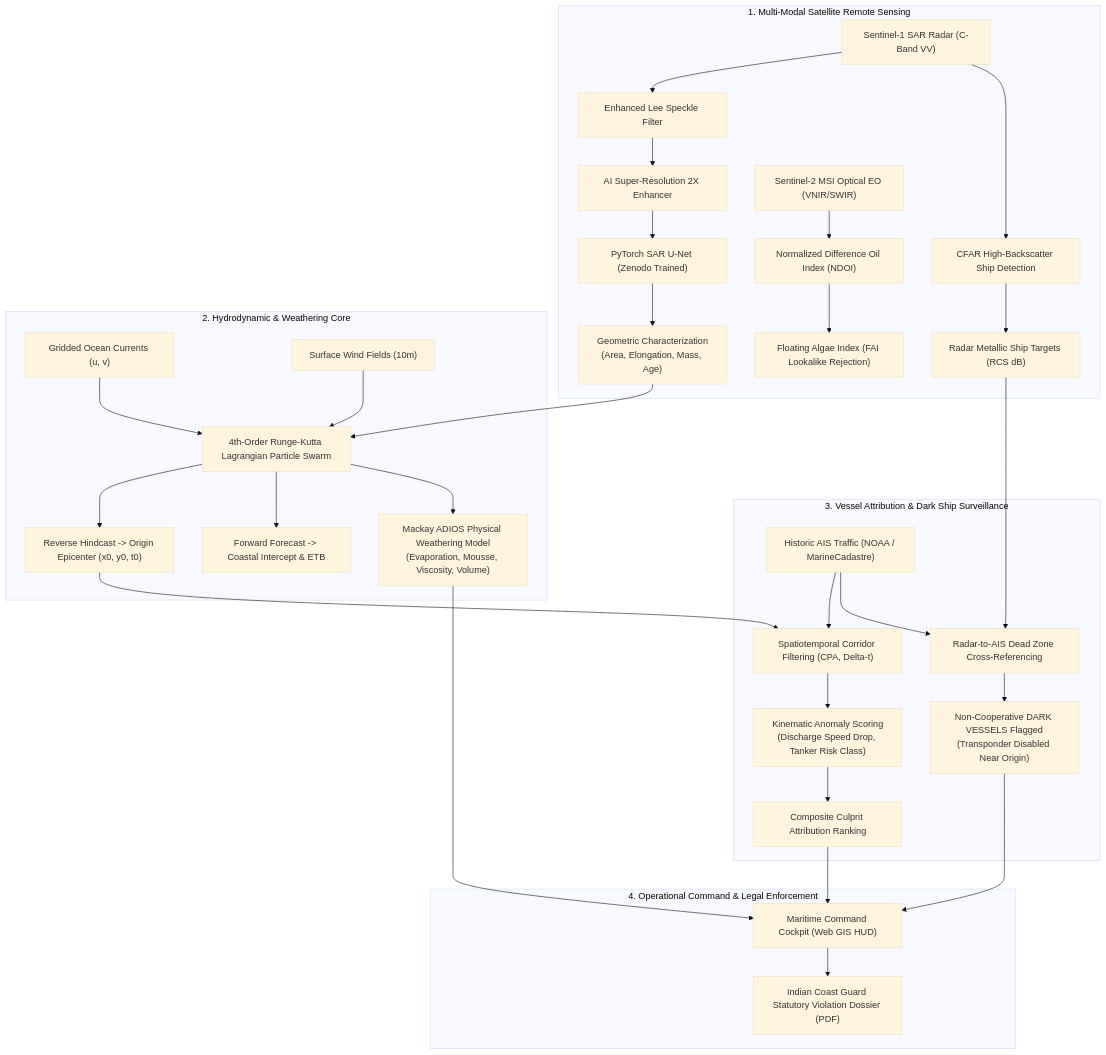
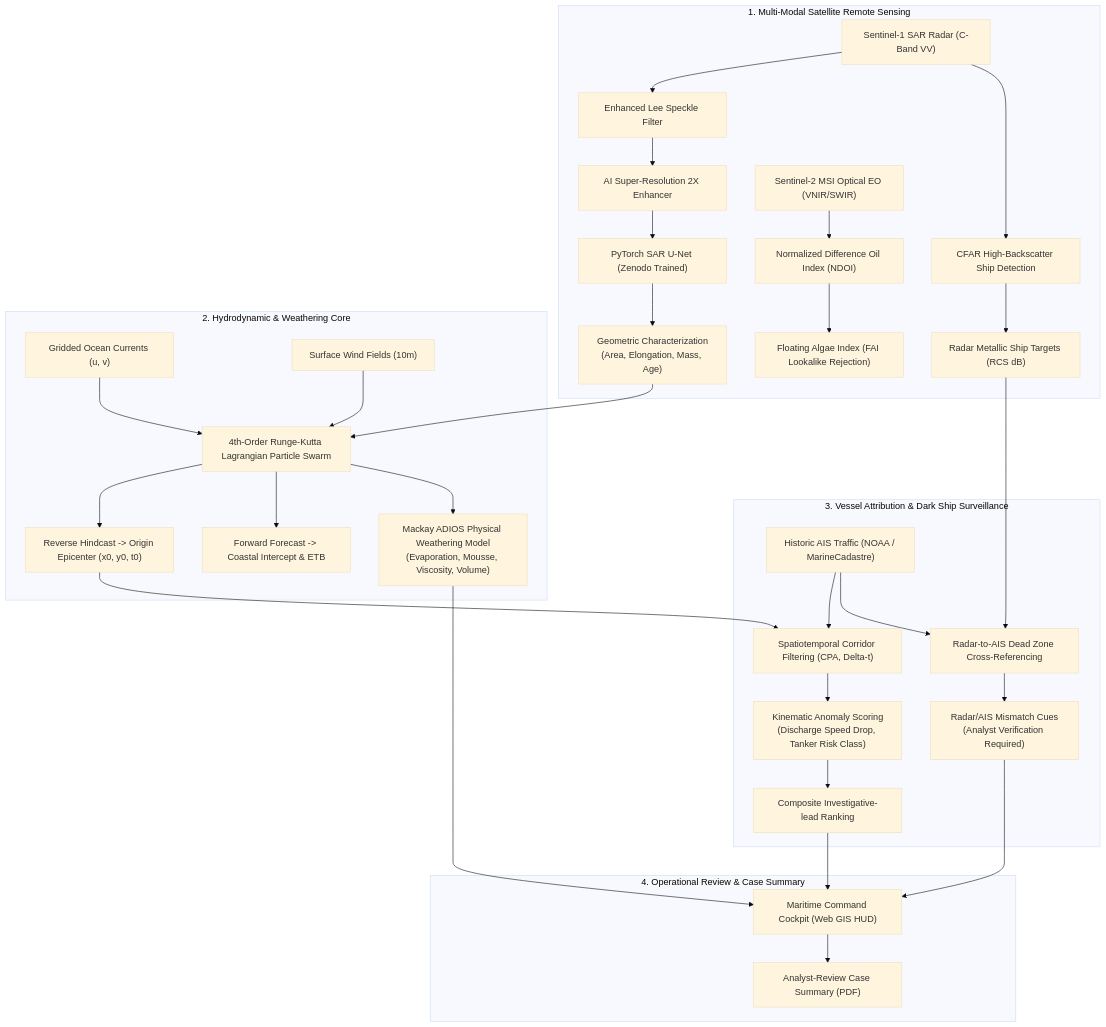
One commit to prudhviraj0310/SIH26143-OCEAN-SHIELD changed the diagram in README.md. Above: the diagram before and after it, drawn with Mermaid (base theme). The commit also changed other lines of this file and 11 other files, not shown here.

````diff
--- a/README.md
+++ b/README.md
@@ -25,38 +25,38 @@
 ```mermaid
 flowchart TD
     subgraph SATELLITE_REMOTE_SENSING["1. Multi-Modal Satellite Remote Sensing"]
         S1["Sentinel-1 SAR Radar (C-Band VV)"] --> SPECKLE["Enhanced Lee Speckle Filter"]
         SPECKLE --> SR["AI Super-Resolution 2X Enhancer"]
         SR --> UNET["PyTorch SAR U-Net (Zenodo Trained)"]
         UNET --> SLICK_GEOM["Geometric Characterization\n(Area, Elongation, Mass, Age)"]
         
         S1 --> CFAR["CFAR High-Backscatter Ship Detection"]
         CFAR --> RADAR_CONTACTS["Radar Metallic Ship Targets (RCS dB)"]
         
         S2["Sentinel-2 MSI Optical EO (VNIR/SWIR)"] --> NDOI["Normalized Difference Oil Index (NDOI)"]
         NDOI --> FAI["Floating Algae Index (FAI Lookalike Rejection)"]
     end
 
     subgraph DRIFT_ENGINE["2. Hydrodynamic & Weathering Core"]
         OCEAN_VECTORS["Gridded Ocean Currents (u, v)"] & WIND_VECTORS["Surface Wind Fields (10m)"] --> RK4["4th-Order Runge-Kutta Lagrangian Particle Swarm"]
         SLICK_GEOM --> RK4
         RK4 --> HINDCAST["Reverse Hindcast -> Origin Epicenter (x0, y0, t0)"]
         RK4 --> FORECAST["Forward Forecast -> Coastal Intercept & ETB"]
         RK4 --> ADIOS["Mackay ADIOS Physical Weathering Model\n(Evaporation, Mousse, Viscosity, Volume)"]
     end
 
     subgraph AIS_ENGINE["3. Vessel Attribution & Dark Ship Surveillance"]
         AIS_STREAM["Historic AIS Traffic (NOAA / MarineCadastre)"] --> CORRIDOR_FILTER["Spatiotemporal Corridor Filtering (CPA, Delta-t)"]
         HINDCAST --> CORRIDOR_FILTER
         CORRIDOR_FILTER --> KINEMATICS["Kinematic Anomaly Scoring\n(Discharge Speed Drop, Tanker Risk Class)"]
-        KINEMATICS --> SUSPECT_RANKING["Composite Culprit Attribution Ranking"]
+        KINEMATICS --> SUSPECT_RANKING["Composite Investigative-lead Ranking"]
         
         RADAR_CONTACTS & AIS_STREAM --> DARK_DETECTOR["Radar-to-AIS Dead Zone Cross-Referencing"]
-        DARK_DETECTOR --> DARK_VESSELS["Non-Cooperative DARK VESSELS Flagged\n(Transponder Disabled Near Origin)"]
+        DARK_DETECTOR --> DARK_VESSELS["Radar/AIS Mismatch Cues\n(Analyst Verification Required)"]
     end
 
-    subgraph ENFORCEMENT["4. Operational Command & Legal Enforcement"]
+    subgraph REVIEW["4. Operational Review & Case Summary"]
         SUSPECT_RANKING & DARK_VESSELS & ADIOS --> COCKPIT["Maritime Command Cockpit (Web GIS HUD)"]
-        COCKPIT --> PDF["Indian Coast Guard Statutory Violation Dossier (PDF)"]
+        COCKPIT --> PDF["Analyst-Review Case Summary (PDF)"]
     end
 ```
````
